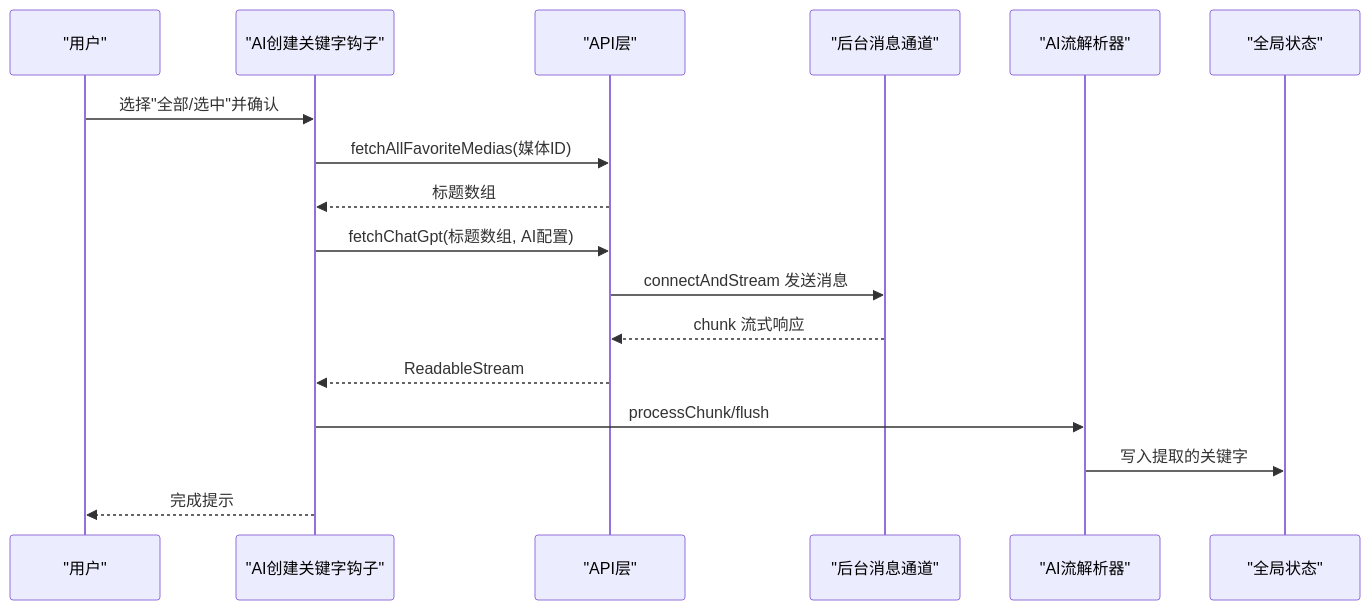
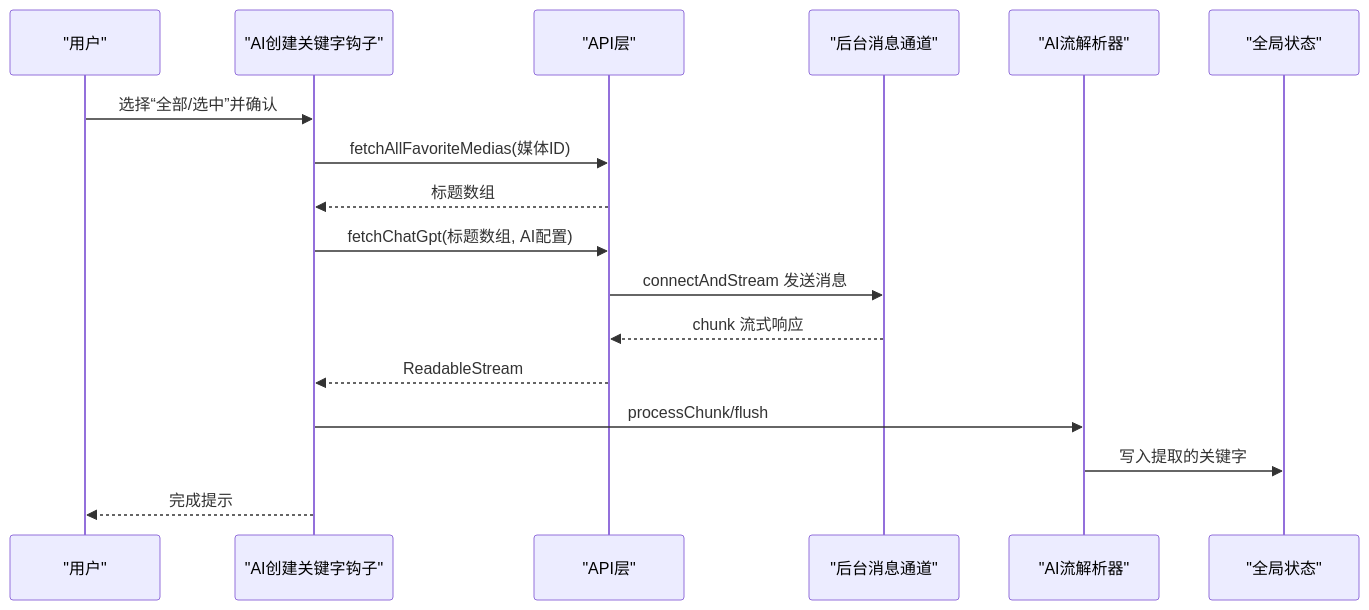
One commit to RadiumAg/bilibili-favorites changed the fifth of 7 diagrams in .qoder/repowiki/zh/content/核心功能模块/核心功能模块.md. Above: the diagram before and after it, drawn with Mermaid. The commit also changed other lines of this file and 21 other files, not shown here.

````diff
--- a/.qoder/repowiki/zh/content/核心功能模块/核心功能模块.md
+++ b/.qoder/repowiki/zh/content/核心功能模块/核心功能模块.md
@@ -233,19 +222,19 @@
 ```mermaid
 sequenceDiagram
 participant U as "用户"
 participant HK as "AI创建关键字钩子"
 participant API as "API层"
 participant BG as "后台消息通道"
 participant Parser as "AI流解析器"
 participant Store as "全局状态"
-U->>HK : 选择"全部/选中"并确认
+U->>HK : 选择“全部/选中”并确认
 HK->>API : fetchAllFavoriteMedias(媒体ID)
 API-->>HK : 标题数组
 HK->>API : fetchChatGpt(标题数组, AI配置)
 API->>BG : connectAndStream 发送消息
 BG-->>API : chunk 流式响应
 API-->>HK : ReadableStream
 HK->>Parser : processChunk/flush
 Parser->>Store : 写入提取的关键字
 HK-->>U : 完成提示
 ```
````
